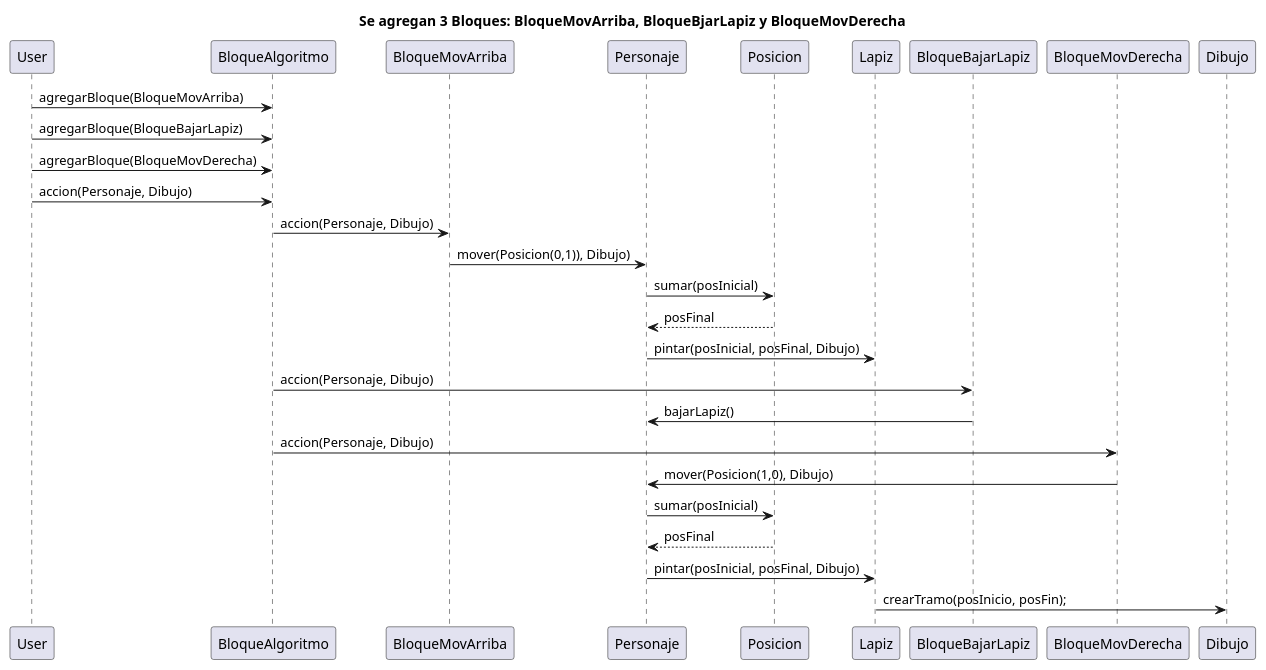
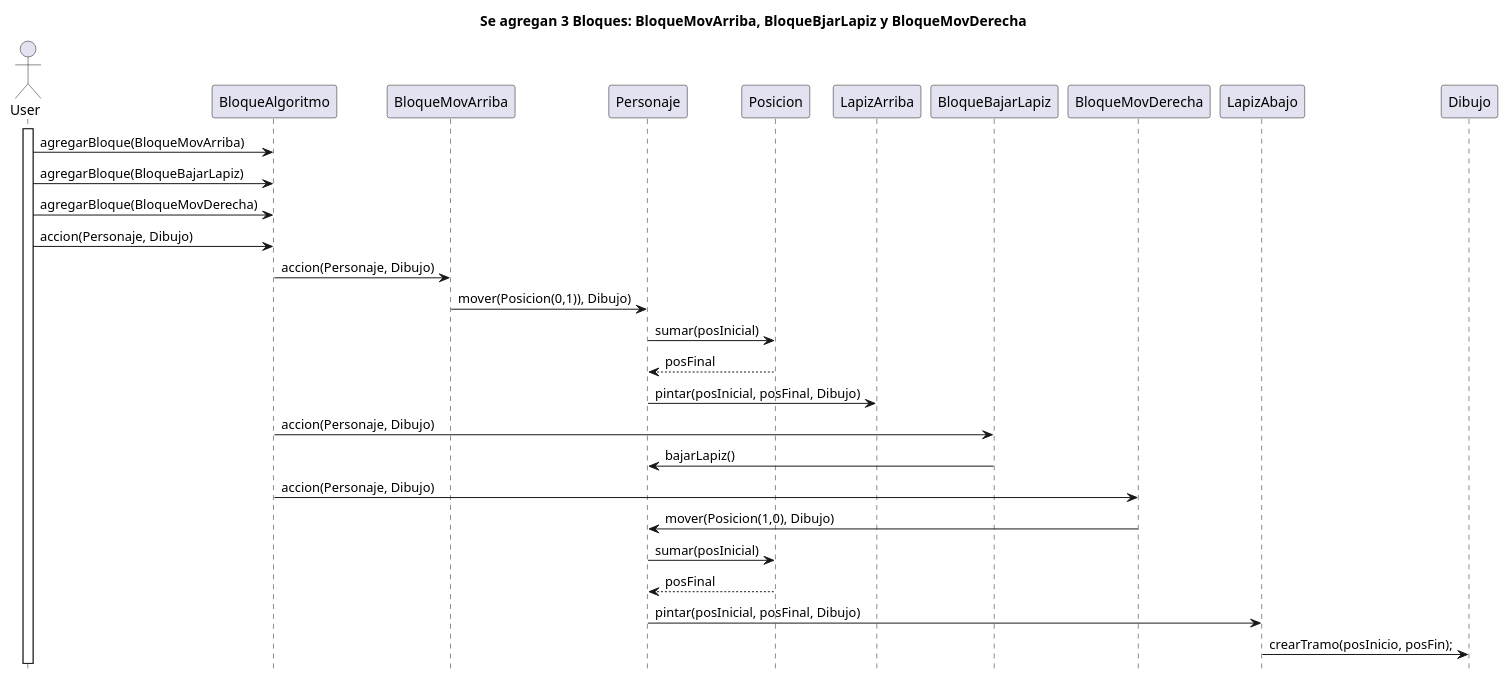
One commit to alopezbizon/T2-ALGO3-TP2 changed the diagram in src/main/java/edu/fiuba/algo3/diagrams/DiagramaDeSecuenciaBloqueAlgoritmo_ConMovArribaBajarLapizYMovDerecha.puml. Above: the diagram before and after it, drawn with PlantUML. The commit also changed 2 other files, not shown here.

Commit message:
Corrijo diagramas UML de secuencia.

```diff
--- a/src/main/java/edu/fiuba/algo3/diagrams/DiagramaDeSecuenciaBloqueAlgoritmo_ConMovArribaBajarLapizYMovDerecha.puml
+++ b/src/main/java/edu/fiuba/algo3/diagrams/DiagramaDeSecuenciaBloqueAlgoritmo_ConMovArribaBajarLapizYMovDerecha.puml
@@ -1,24 +1,31 @@
 @startuml
 title Se agregan 3 Bloques: BloqueMovArriba, BloqueBjarLapiz y BloqueMovDerecha
+
+actor User
+activate User
 User -> BloqueAlgoritmo: agregarBloque(BloqueMovArriba)
 User -> BloqueAlgoritmo: agregarBloque(BloqueBajarLapiz)
 User -> BloqueAlgoritmo: agregarBloque(BloqueMovDerecha)
 
 User -> BloqueAlgoritmo: accion(Personaje, Dibujo)
 
 BloqueAlgoritmo -> BloqueMovArriba:accion(Personaje, Dibujo)
 BloqueMovArriba -> Personaje : mover(Posicion(0,1)), Dibujo)
+
 Personaje -> Posicion : sumar(posInicial)
 Personaje<-- Posicion : posFinal
-Personaje -> Lapiz : pintar(posInicial, posFinal, Dibujo)
+Personaje -> LapizArriba : pintar(posInicial, posFinal, Dibujo)
 
 BloqueAlgoritmo -> BloqueBajarLapiz: accion(Personaje, Dibujo)
 BloqueBajarLapiz -> Personaje : bajarLapiz()
 
 BloqueAlgoritmo -> BloqueMovDerecha : accion(Personaje, Dibujo)
 BloqueMovDerecha -> Personaje : mover(Posicion(1,0), Dibujo)
+
 Personaje -> Posicion : sumar(posInicial)
 Personaje<-- Posicion : posFinal
-Personaje -> Lapiz : pintar(posInicial, posFinal, Dibujo)
-Lapiz -> Dibujo : crearTramo(posInicio, posFin);
+Personaje -> LapizAbajo : pintar(posInicial, posFinal, Dibujo)
+LapizAbajo -> Dibujo : crearTramo(posInicio, posFin);
+
+hide footbox
 @enduml
```
